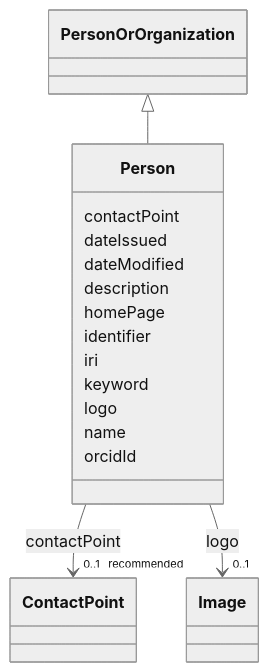
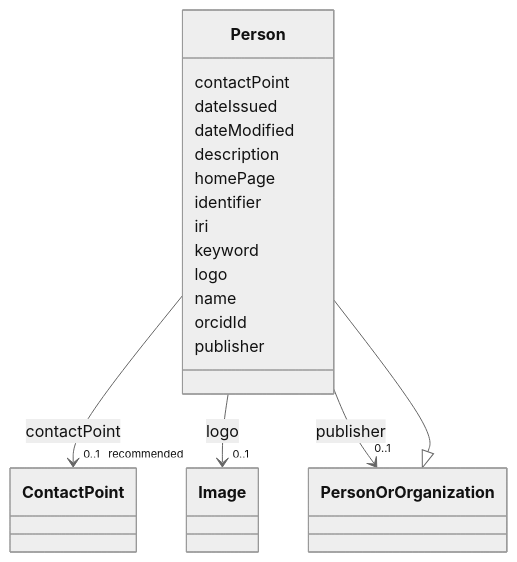
The diagram in models/docs/Person.md (EVORA-project/evora-ontology), drawn with Mermaid (neutral theme) before and after one commit. The commit also changed other lines of this file and 468 other files, not shown here.

````diff
--- a/models/docs/Person.md
+++ b/models/docs/Person.md
@@ -19,45 +19,54 @@
 ```mermaid
  classDiagram
     class Person
     click Person href "../Person"
       PersonOrOrganization <|-- Person
         click PersonOrOrganization href "../PersonOrOrganization"
       
       Person : contactPoint
         
           
     
     
     Person --> "0..1 _recommended_" ContactPoint : contactPoint
     click ContactPoint href "../ContactPoint"
 
         
       Person : dateIssued
         
       Person : dateModified
         
       Person : description
         
       Person : homePage
         
       Person : identifier
         
       Person : iri
         
       Person : keyword
         
       Person : logo
         
           
     
     
     Person --> "0..1" Image : logo
     click Image href "../Image"
 
         
       Person : name
         
       Person : orcidId
         
+      Person : publisher
+        
+          
+    
+    
+    Person --> "0..1" PersonOrOrganization : publisher
+    click PersonOrOrganization href "../PersonOrOrganization"
+
+        
       
 ```
````
